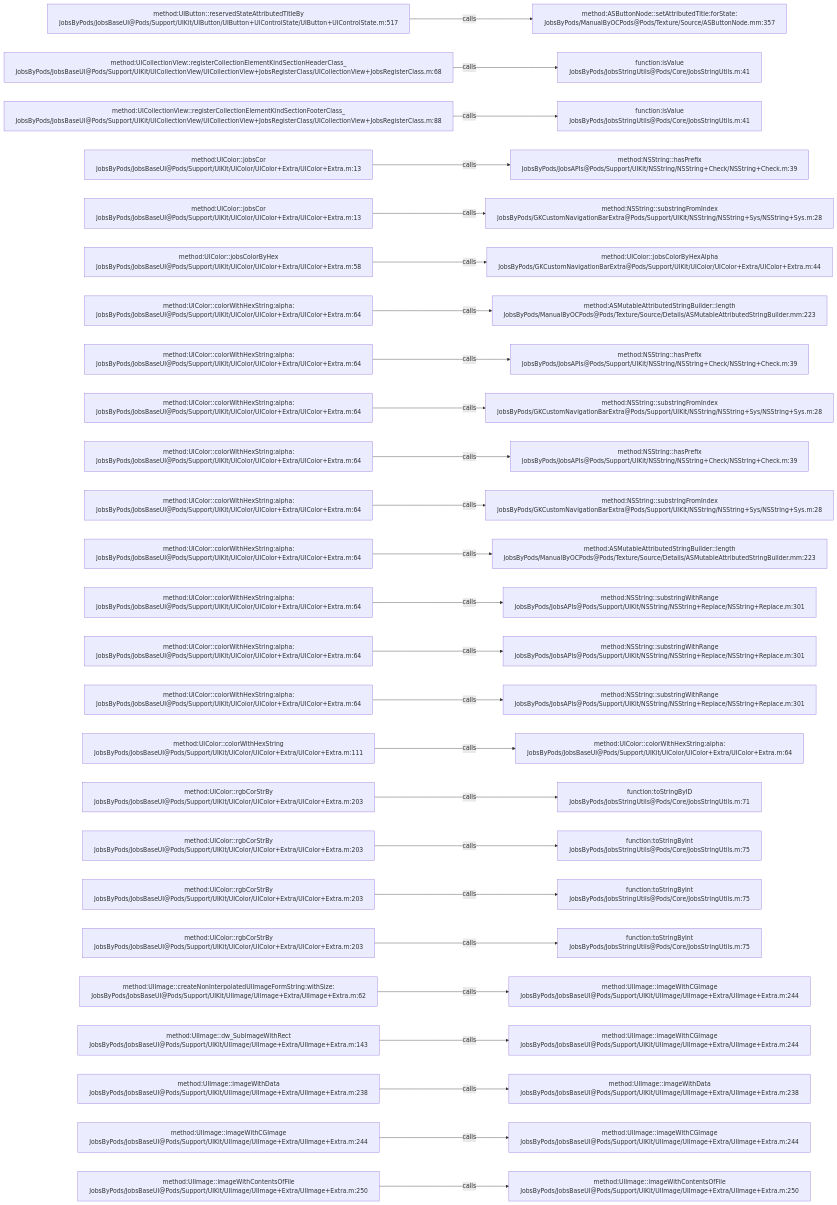
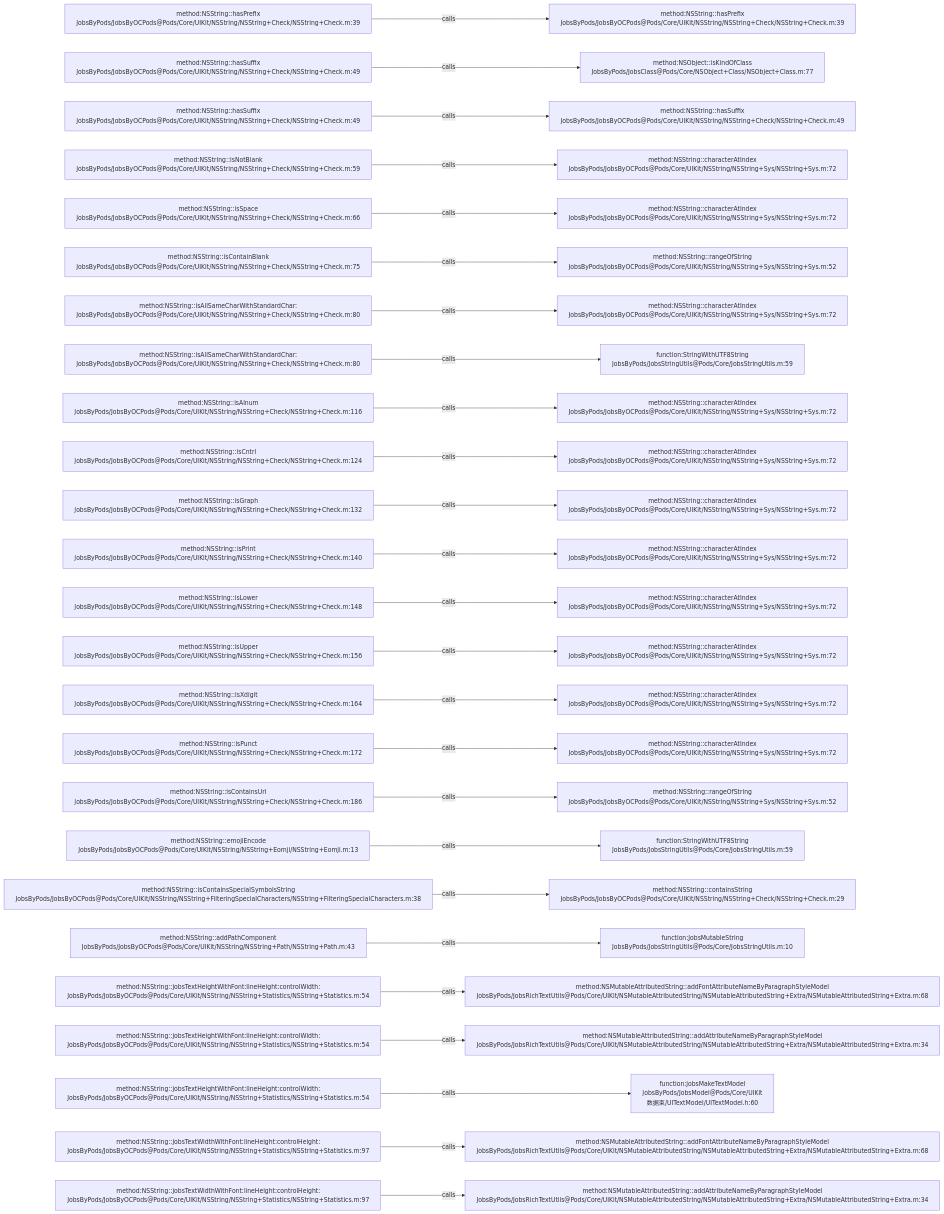
One commit to JobsKits/JobsOCBaseConfigDemo changed the diagram in .codegraph/codegraph.md/graphs/calls-056.md. Above: the diagram before and after it, drawn with Mermaid. The commit also changed 1026 other files, not shown here.

````diff
--- a/.codegraph/codegraph.md/graphs/calls-056.md
+++ b/.codegraph/codegraph.md/graphs/calls-056.md
@@ -13,78 +13,78 @@
 ```mermaid
 flowchart LR
-  S1["method:UIButton::reservedStateAttributedTitleBy<br/>JobsByPods/JobsBaseUI@Pods/Support/UIKit/UIButton/UIButton+UIControlState/UIButton+UIControlState.m:517"]
-  T1["method:ASButtonNode::setAttributedTitle:forState:<br/>JobsByPods/ManualByOCPods@Pods/Texture/Source/ASButtonNode.mm:357"]
+  S1["method:NSString::hasPrefix<br/>JobsByPods/JobsByOCPods@Pods/Core/UIKit/NSString/NSString+Check/NSString+Check.m:39"]
+  T1["method:NSString::hasPrefix<br/>JobsByPods/JobsByOCPods@Pods/Core/UIKit/NSString/NSString+Check/NSString+Check.m:39"]
   S1 -->|calls| T1
-  S2["method:UICollectionView::registerCollectionElementKindSectionHeaderClass_<br/>JobsByPods/JobsBaseUI@Pods/Support/UIKit/UICollectionView/UICollectionView+JobsRegisterClass/UICollectionView+JobsRegisterClass.m:68"]
-  T2["function:isValue<br/>JobsByPods/JobsStringUtils@Pods/Core/JobsStringUtils.m:41"]
+  S2["method:NSString::hasSuffix<br/>JobsByPods/JobsByOCPods@Pods/Core/UIKit/NSString/NSString+Check/NSString+Check.m:49"]
+  T2["method:NSObject::isKindOfClass<br/>JobsByPods/JobsClass@Pods/Core/NSObject+Class/NSObject+Class.m:77"]
   S2 -->|calls| T2
-  S3["method:UICollectionView::registerCollectionElementKindSectionFooterClass_<br/>JobsByPods/JobsBaseUI@Pods/Support/UIKit/UICollectionView/UICollectionView+JobsRegisterClass/UICollectionView+JobsRegisterClass.m:88"]
-  T3["function:isValue<br/>JobsByPods/JobsStringUtils@Pods/Core/JobsStringUtils.m:41"]
+  S3["method:NSString::hasSuffix<br/>JobsByPods/JobsByOCPods@Pods/Core/UIKit/NSString/NSString+Check/NSString+Check.m:49"]
+  T3["method:NSString::hasSuffix<br/>JobsByPods/JobsByOCPods@Pods/Core/UIKit/NSString/NSString+Check/NSString+Check.m:49"]
   S3 -->|calls| T3
-  S4["method:UIColor::jobsCor<br/>JobsByPods/JobsBaseUI@Pods/Support/UIKit/UIColor/UIColor+Extra/UIColor+Extra.m:13"]
-  T4["method:NSString::hasPrefix<br/>JobsByPods/JobsAPIs@Pods/Support/UIKit/NSString/NSString+Check/NSString+Check.m:39"]
+  S4["method:NSString::isNotBlank<br/>JobsByPods/JobsByOCPods@Pods/Core/UIKit/NSString/NSString+Check/NSString+Check.m:59"]
+  T4["method:NSString::characterAtIndex<br/>JobsByPods/JobsByOCPods@Pods/Core/UIKit/NSString/NSString+Sys/NSString+Sys.m:72"]
   S4 -->|calls| T4
-  S5["method:UIColor::jobsCor<br/>JobsByPods/JobsBaseUI@Pods/Support/UIKit/UIColor/UIColor+Extra/UIColor+Extra.m:13"]
-  T5["method:NSString::substringFromIndex<br/>JobsByPods/GKCustomNavigationBarExtra@Pods/Support/UIKit/NSString/NSString+Sys/NSString+Sys.m:28"]
+  S5["method:NSString::isSpace<br/>JobsByPods/JobsByOCPods@Pods/Core/UIKit/NSString/NSString+Check/NSString+Check.m:66"]
+  T5["method:NSString::characterAtIndex<br/>JobsByPods/JobsByOCPods@Pods/Core/UIKit/NSString/NSString+Sys/NSString+Sys.m:72"]
   S5 -->|calls| T5
-  S6["method:UIColor::jobsColorByHex<br/>JobsByPods/JobsBaseUI@Pods/Support/UIKit/UIColor/UIColor+Extra/UIColor+Extra.m:58"]
-  T6["method:UIColor::jobsColorByHexAlpha<br/>JobsByPods/GKCustomNavigationBarExtra@Pods/Support/UIKit/UIColor/UIColor+Extra/UIColor+Extra.m:44"]
+  S6["method:NSString::isContainBlank<br/>JobsByPods/JobsByOCPods@Pods/Core/UIKit/NSString/NSString+Check/NSString+Check.m:75"]
+  T6["method:NSString::rangeOfString<br/>JobsByPods/JobsByOCPods@Pods/Core/UIKit/NSString/NSString+Sys/NSString+Sys.m:52"]
   S6 -->|calls| T6
-  S7["method:UIColor::colorWithHexString:alpha:<br/>JobsByPods/JobsBaseUI@Pods/Support/UIKit/UIColor/UIColor+Extra/UIColor+Extra.m:64"]
-  T7["method:ASMutableAttributedStringBuilder::length<br/>JobsByPods/ManualByOCPods@Pods/Texture/Source/Details/ASMutableAttributedStringBuilder.mm:223"]
+  S7["method:NSString::isAllSameCharWithStandardChar:<br/>JobsByPods/JobsByOCPods@Pods/Core/UIKit/NSString/NSString+Check/NSString+Check.m:80"]
+  T7["method:NSString::characterAtIndex<br/>JobsByPods/JobsByOCPods@Pods/Core/UIKit/NSString/NSString+Sys/NSString+Sys.m:72"]
   S7 -->|calls| T7
-  S8["method:UIColor::colorWithHexString:alpha:<br/>JobsByPods/JobsBaseUI@Pods/Support/UIKit/UIColor/UIColor+Extra/UIColor+Extra.m:64"]
-  T8["method:NSString::hasPrefix<br/>JobsByPods/JobsAPIs@Pods/Support/UIKit/NSString/NSString+Check/NSString+Check.m:39"]
+  S8["method:NSString::isAllSameCharWithStandardChar:<br/>JobsByPods/JobsByOCPods@Pods/Core/UIKit/NSString/NSString+Check/NSString+Check.m:80"]
+  T8["function:StringWithUTF8String<br/>JobsByPods/JobsStringUtils@Pods/Core/JobsStringUtils.m:59"]
   S8 -->|calls| T8
-  S9["method:UIColor::colorWithHexString:alpha:<br/>JobsByPods/JobsBaseUI@Pods/Support/UIKit/UIColor/UIColor+Extra/UIColor+Extra.m:64"]
-  T9["method:NSString::substringFromIndex<br/>JobsByPods/GKCustomNavigationBarExtra@Pods/Support/UIKit/NSString/NSString+Sys/NSString+Sys.m:28"]
+  S9["method:NSString::isAlnum<br/>JobsByPods/JobsByOCPods@Pods/Core/UIKit/NSString/NSString+Check/NSString+Check.m:116"]
+  T9["method:NSString::characterAtIndex<br/>JobsByPods/JobsByOCPods@Pods/Core/UIKit/NSString/NSString+Sys/NSString+Sys.m:72"]
   S9 -->|calls| T9
-  S10["method:UIColor::colorWithHexString:alpha:<br/>JobsByPods/JobsBaseUI@Pods/Support/UIKit/UIColor/UIColor+Extra/UIColor+Extra.m:64"]
-  T10["method:NSString::hasPrefix<br/>JobsByPods/JobsAPIs@Pods/Support/UIKit/NSString/NSString+Check/NSString+Check.m:39"]
+  S10["method:NSString::isCntrl<br/>JobsByPods/JobsByOCPods@Pods/Core/UIKit/NSString/NSString+Check/NSString+Check.m:124"]
+  T10["method:NSString::characterAtIndex<br/>JobsByPods/JobsByOCPods@Pods/Core/UIKit/NSString/NSString+Sys/NSString+Sys.m:72"]
   S10 -->|calls| T10
-  S11["method:UIColor::colorWithHexString:alpha:<br/>JobsByPods/JobsBaseUI@Pods/Support/UIKit/UIColor/UIColor+Extra/UIColor+Extra.m:64"]
-  T11["method:NSString::substringFromIndex<br/>JobsByPods/GKCustomNavigationBarExtra@Pods/Support/UIKit/NSString/NSString+Sys/NSString+Sys.m:28"]
+  S11["method:NSString::isGraph<br/>JobsByPods/JobsByOCPods@Pods/Core/UIKit/NSString/NSString+Check/NSString+Check.m:132"]
+  T11["method:NSString::characterAtIndex<br/>JobsByPods/JobsByOCPods@Pods/Core/UIKit/NSString/NSString+Sys/NSString+Sys.m:72"]
   S11 -->|calls| T11
-  S12["method:UIColor::colorWithHexString:alpha:<br/>JobsByPods/JobsBaseUI@Pods/Support/UIKit/UIColor/UIColor+Extra/UIColor+Extra.m:64"]
-  T12["method:ASMutableAttributedStringBuilder::length<br/>JobsByPods/ManualByOCPods@Pods/Texture/Source/Details/ASMutableAttributedStringBuilder.mm:223"]
+  S12["method:NSString::isPrint<br/>JobsByPods/JobsByOCPods@Pods/Core/UIKit/NSString/NSString+Check/NSString+Check.m:140"]
+  T12["method:NSString::characterAtIndex<br/>JobsByPods/JobsByOCPods@Pods/Core/UIKit/NSString/NSString+Sys/NSString+Sys.m:72"]
   S12 -->|calls| T12
-  S13["method:UIColor::colorWithHexString:alpha:<br/>JobsByPods/JobsBaseUI@Pods/Support/UIKit/UIColor/UIColor+Extra/UIColor+Extra.m:64"]
-  T13["method:NSString::substringWithRange<br/>JobsByPods/JobsAPIs@Pods/Support/UIKit/NSString/NSString+Replace/NSString+Replace.m:301"]
+  S13["method:NSString::isLower<br/>JobsByPods/JobsByOCPods@Pods/Core/UIKit/NSString/NSString+Check/NSString+Check.m:148"]
+  T13["method:NSString::characterAtIndex<br/>JobsByPods/JobsByOCPods@Pods/Core/UIKit/NSString/NSString+Sys/NSString+Sys.m:72"]
   S13 -->|calls| T13
-  S14["method:UIColor::colorWithHexString:alpha:<br/>JobsByPods/JobsBaseUI@Pods/Support/UIKit/UIColor/UIColor+Extra/UIColor+Extra.m:64"]
-  T14["method:NSString::substringWithRange<br/>JobsByPods/JobsAPIs@Pods/Support/UIKit/NSString/NSString+Replace/NSString+Replace.m:301"]
+  S14["method:NSString::isUpper<br/>JobsByPods/JobsByOCPods@Pods/Core/UIKit/NSString/NSString+Check/NSString+Check.m:156"]
+  T14["method:NSString::characterAtIndex<br/>JobsByPods/JobsByOCPods@Pods/Core/UIKit/NSString/NSString+Sys/NSString+Sys.m:72"]
   S14 -->|calls| T14
-  S15["method:UIColor::colorWithHexString:alpha:<br/>JobsByPods/JobsBaseUI@Pods/Support/UIKit/UIColor/UIColor+Extra/UIColor+Extra.m:64"]
-  T15["method:NSString::substringWithRange<br/>JobsByPods/JobsAPIs@Pods/Support/UIKit/NSString/NSString+Replace/NSString+Replace.m:301"]
+  S15["method:NSString::isXdigit<br/>JobsByPods/JobsByOCPods@Pods/Core/UIKit/NSString/NSString+Check/NSString+Check.m:164"]
+  T15["method:NSString::characterAtIndex<br/>JobsByPods/JobsByOCPods@Pods/Core/UIKit/NSString/NSString+Sys/NSString+Sys.m:72"]
   S15 -->|calls| T15
-  S16["method:UIColor::colorWithHexString<br/>JobsByPods/JobsBaseUI@Pods/Support/UIKit/UIColor/UIColor+Extra/UIColor+Extra.m:111"]
-  T16["method:UIColor::colorWithHexString:alpha:<br/>JobsByPods/JobsBaseUI@Pods/Support/UIKit/UIColor/UIColor+Extra/UIColor+Extra.m:64"]
+  S16["method:NSString::isPunct<br/>JobsByPods/JobsByOCPods@Pods/Core/UIKit/NSString/NSString+Check/NSString+Check.m:172"]
+  T16["method:NSString::characterAtIndex<br/>JobsByPods/JobsByOCPods@Pods/Core/UIKit/NSString/NSString+Sys/NSString+Sys.m:72"]
   S16 -->|calls| T16
-  S17["method:UIColor::rgbCorStrBy<br/>JobsByPods/JobsBaseUI@Pods/Support/UIKit/UIColor/UIColor+Extra/UIColor+Extra.m:203"]
-  T17["function:toStringByID<br/>JobsByPods/JobsStringUtils@Pods/Core/JobsStringUtils.m:71"]
+  S17["method:NSString::isContainsUrl<br/>JobsByPods/JobsByOCPods@Pods/Core/UIKit/NSString/NSString+Check/NSString+Check.m:186"]
+  T17["method:NSString::rangeOfString<br/>JobsByPods/JobsByOCPods@Pods/Core/UIKit/NSString/NSString+Sys/NSString+Sys.m:52"]
   S17 -->|calls| T17
-  S18["method:UIColor::rgbCorStrBy<br/>JobsByPods/JobsBaseUI@Pods/Support/UIKit/UIColor/UIColor+Extra/UIColor+Extra.m:203"]
-  T18["function:toStringByInt<br/>JobsByPods/JobsStringUtils@Pods/Core/JobsStringUtils.m:75"]
+  S18["method:NSString::emojiEncode<br/>JobsByPods/JobsByOCPods@Pods/Core/UIKit/NSString/NSString+Eomji/NSString+Eomji.m:13"]
+  T18["function:StringWithUTF8String<br/>JobsByPods/JobsStringUtils@Pods/Core/JobsStringUtils.m:59"]
   S18 -->|calls| T18
-  S19["method:UIColor::rgbCorStrBy<br/>JobsByPods/JobsBaseUI@Pods/Support/UIKit/UIColor/UIColor+Extra/UIColor+Extra.m:203"]
-  T19["function:toStringByInt<br/>JobsByPods/JobsStringUtils@Pods/Core/JobsStringUtils.m:75"]
+  S19["method:NSString::isContainsSpecialSymbolsString<br/>JobsByPods/JobsByOCPods@Pods/Core/UIKit/NSString/NSString+FilteringSpecialCharacters/NSString+FilteringSpecialCharacters.m:38"]
+  T19["method:NSString::containsString<br/>JobsByPods/JobsByOCPods@Pods/Core/UIKit/NSString/NSString+Check/NSString+Check.m:29"]
   S19 -->|calls| T19
-  S20["method:UIColor::rgbCorStrBy<br/>JobsByPods/JobsBaseUI@Pods/Support/UIKit/UIColor/UIColor+Extra/UIColor+Extra.m:203"]
-  T20["function:toStringByInt<br/>JobsByPods/JobsStringUtils@Pods/Core/JobsStringUtils.m:75"]
+  S20["method:NSString::addPathComponent<br/>JobsByPods/JobsByOCPods@Pods/Core/UIKit/NSString/NSString+Path/NSString+Path.m:43"]
+  T20["function:JobsMutableString<br/>JobsByPods/JobsStringUtils@Pods/Core/JobsStringUtils.m:10"]
   S20 -->|calls| T20
-  S21["method:UIImage::createNonInterpolatedUIImageFormString:withSize:<br/>JobsByPods/JobsBaseUI@Pods/Support/UIKit/UIImage/UIImage+Extra/UIImage+Extra.m:62"]
-  T21["method:UIImage::imageWithCGImage<br/>JobsByPods/JobsBaseUI@Pods/Support/UIKit/UIImage/UIImage+Extra/UIImage+Extra.m:244"]
+  S21["method:NSString::jobsTextHeightWithFont:lineHeight:controlWidth:<br/>JobsByPods/JobsByOCPods@Pods/Core/UIKit/NSString/NSString+Statistics/NSString+Statistics.m:54"]
+  T21["method:NSMutableAttributedString::addFontAttributeNameByParagraphStyleModel<br/>JobsByPods/JobsRichTextUtils@Pods/Core/UIKit/NSMutableAttributedString/NSMutableAttributedString+Extra/NSMutableAttributedString+Extra.m:68"]
   S21 -->|calls| T21
-  S22["method:UIImage::dw_SubImageWithRect<br/>JobsByPods/JobsBaseUI@Pods/Support/UIKit/UIImage/UIImage+Extra/UIImage+Extra.m:143"]
-  T22["method:UIImage::imageWithCGImage<br/>JobsByPods/JobsBaseUI@Pods/Support/UIKit/UIImage/UIImage+Extra/UIImage+Extra.m:244"]
+  S22["method:NSString::jobsTextHeightWithFont:lineHeight:controlWidth:<br/>JobsByPods/JobsByOCPods@Pods/Core/UIKit/NSString/NSString+Statistics/NSString+Statistics.m:54"]
+  T22["method:NSMutableAttributedString::addAttributeNameByParagraphStyleModel<br/>JobsByPods/JobsRichTextUtils@Pods/Core/UIKit/NSMutableAttributedString/NSMutableAttributedString+Extra/NSMutableAttributedString+Extra.m:34"]
   S22 -->|calls| T22
-  S23["method:UIImage::imageWithData<br/>JobsByPods/JobsBaseUI@Pods/Support/UIKit/UIImage/UIImage+Extra/UIImage+Extra.m:238"]
-  T23["method:UIImage::imageWithData<br/>JobsByPods/JobsBaseUI@Pods/Support/UIKit/UIImage/UIImage+Extra/UIImage+Extra.m:238"]
+  S23["method:NSString::jobsTextHeightWithFont:lineHeight:controlWidth:<br/>JobsByPods/JobsByOCPods@Pods/Core/UIKit/NSString/NSString+Statistics/NSString+Statistics.m:54"]
+  T23["function:jobsMakeTextModel<br/>JobsByPods/JobsModel@Pods/Core/UIKit数据束/UITextModel/UITextModel.h:60"]
   S23 -->|calls| T23
-  S24["method:UIImage::imageWithCGImage<br/>JobsByPods/JobsBaseUI@Pods/Support/UIKit/UIImage/UIImage+Extra/UIImage+Extra.m:244"]
-  T24["method:UIImage::imageWithCGImage<br/>JobsByPods/JobsBaseUI@Pods/Support/UIKit/UIImage/UIImage+Extra/UIImage+Extra.m:244"]
+  S24["method:NSString::jobsTextWidthWithFont:lineHeight:controlHeight:<br/>JobsByPods/JobsByOCPods@Pods/Core/UIKit/NSString/NSString+Statistics/NSString+Statistics.m:97"]
+  T24["method:NSMutableAttributedString::addFontAttributeNameByParagraphStyleModel<br/>JobsByPods/JobsRichTextUtils@Pods/Core/UIKit/NSMutableAttributedString/NSMutableAttributedString+Extra/NSMutableAttributedString+Extra.m:68"]
   S24 -->|calls| T24
-  S25["method:UIImage::imageWithContentsOfFile<br/>JobsByPods/JobsBaseUI@Pods/Support/UIKit/UIImage/UIImage+Extra/UIImage+Extra.m:250"]
-  T25["method:UIImage::imageWithContentsOfFile<br/>JobsByPods/JobsBaseUI@Pods/Support/UIKit/UIImage/UIImage+Extra/UIImage+Extra.m:250"]
+  S25["method:NSString::jobsTextWidthWithFont:lineHeight:controlHeight:<br/>JobsByPods/JobsByOCPods@Pods/Core/UIKit/NSString/NSString+Statistics/NSString+Statistics.m:97"]
+  T25["method:NSMutableAttributedString::addAttributeNameByParagraphStyleModel<br/>JobsByPods/JobsRichTextUtils@Pods/Core/UIKit/NSMutableAttributedString/NSMutableAttributedString+Extra/NSMutableAttributedString+Extra.m:34"]
   S25 -->|calls| T25
 ```
````
